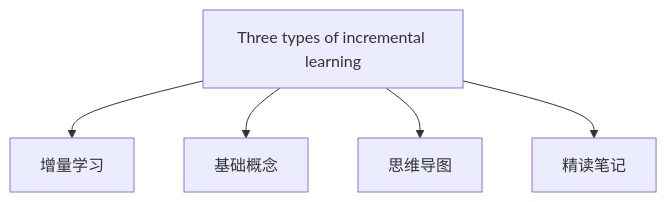
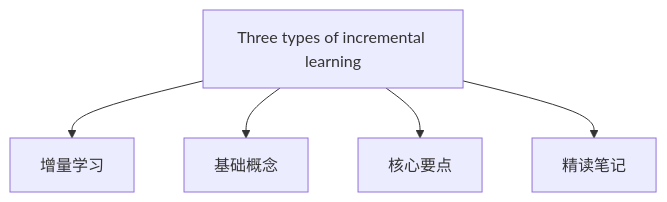
The first of 2 diagrams in Article Analysis/1. Three types of incremental learning.md (RenaissanceT/Continual_Learning_for_Time_Series_Survey_and_Evaluation), drawn with Mermaid before and after one commit. The commit also changed other lines of this file, not shown here.

Commit message:
Update 1. Three types of incremental learning.md

````diff
--- a/Article Analysis/1. Three types of incremental learning.md
+++ b/Article Analysis/1. Three types of incremental learning.md
@@ -7,7 +7,7 @@
 ```mermaid
 graph TD
     A[Three types of incremental learning] --> B[增量学习]
     A --> C[基础概念]
-    A --> D[思维导图]
+    A --> D[核心要点]
     A --> E[精读笔记]
 ```
````
